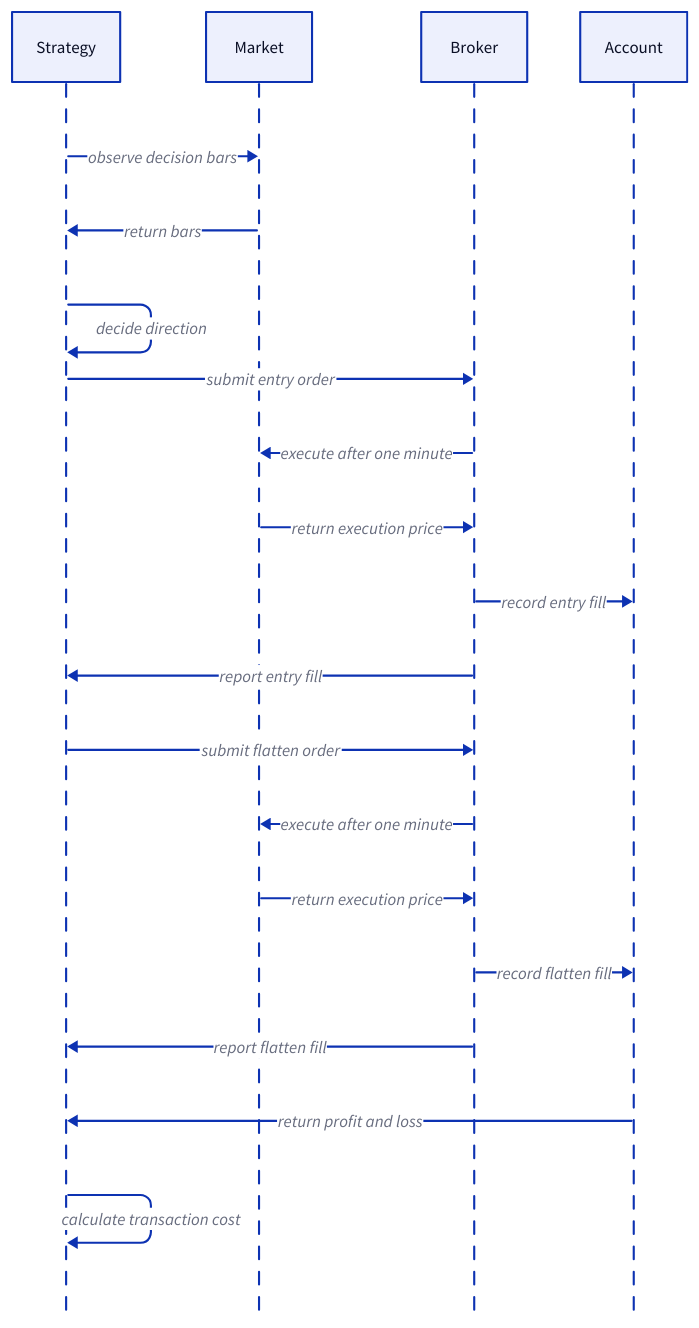
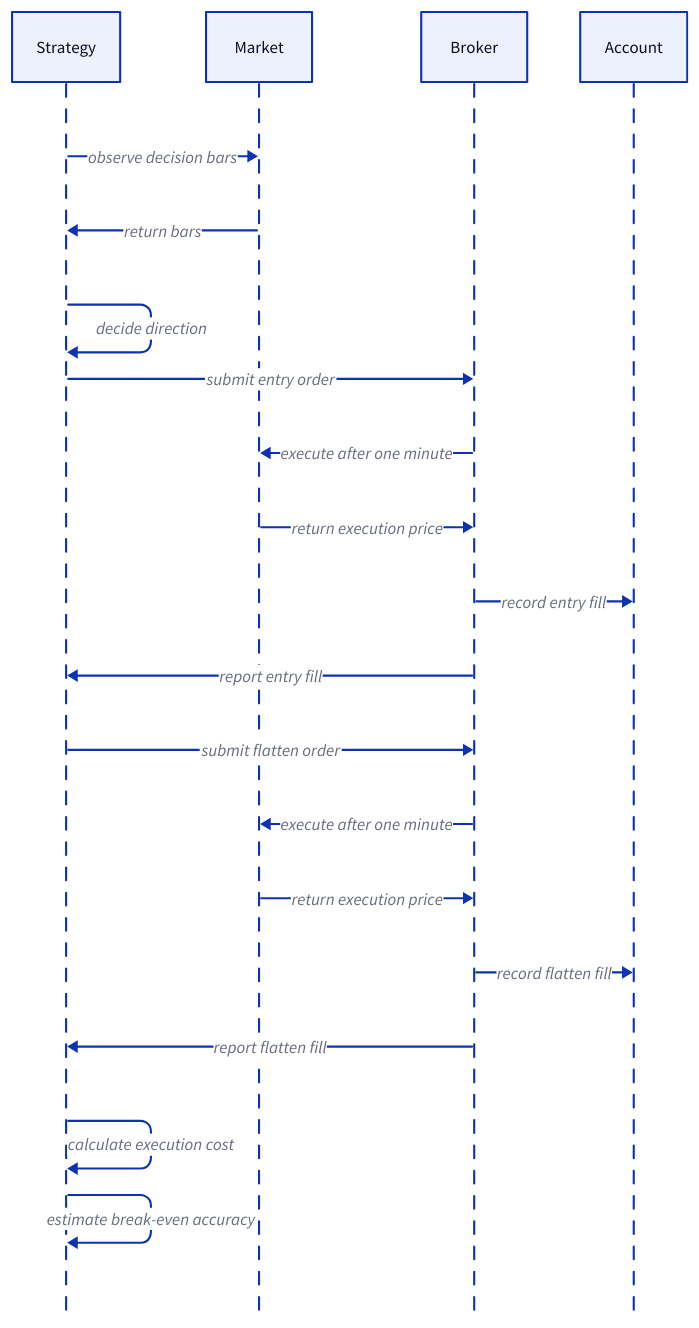
One commit to xmkqv/money-tree changed the diagram in exps/round_trip.d2. Above: the diagram before and after it, drawn with D2. The commit also changed 7 other files, not shown here.

Commit message:
refactor: estimate break-even accuracy

```diff
--- a/exps/round_trip.d2
+++ b/exps/round_trip.d2
@@ -1,31 +1,31 @@
 vars: {
   d2-config: {
     theme-id: 0
     layout-engine: dagre
     sketch: false
   }
 }
 
 direction: right
 shape: sequence_diagram
 
 strategy: "Strategy"
 market: "Market"
 broker: "Broker"
 account: "Account"
 
 strategy -> market: "observe decision bars"
 market -> strategy: "return bars"
 strategy -> strategy: "decide direction"
 strategy -> broker: "submit entry order"
 broker -> market: "execute after one minute"
 market -> broker: "return execution price"
 broker -> account: "record entry fill"
 broker -> strategy: "report entry fill"
 strategy -> broker: "submit flatten order"
 broker -> market: "execute after one minute"
 market -> broker: "return execution price"
 broker -> account: "record flatten fill"
 broker -> strategy: "report flatten fill"
-account -> strategy: "return profit and loss"
-strategy -> strategy: "calculate transaction cost"
+strategy -> strategy: "calculate execution cost"
+strategy -> strategy: "estimate break-even accuracy"
```
